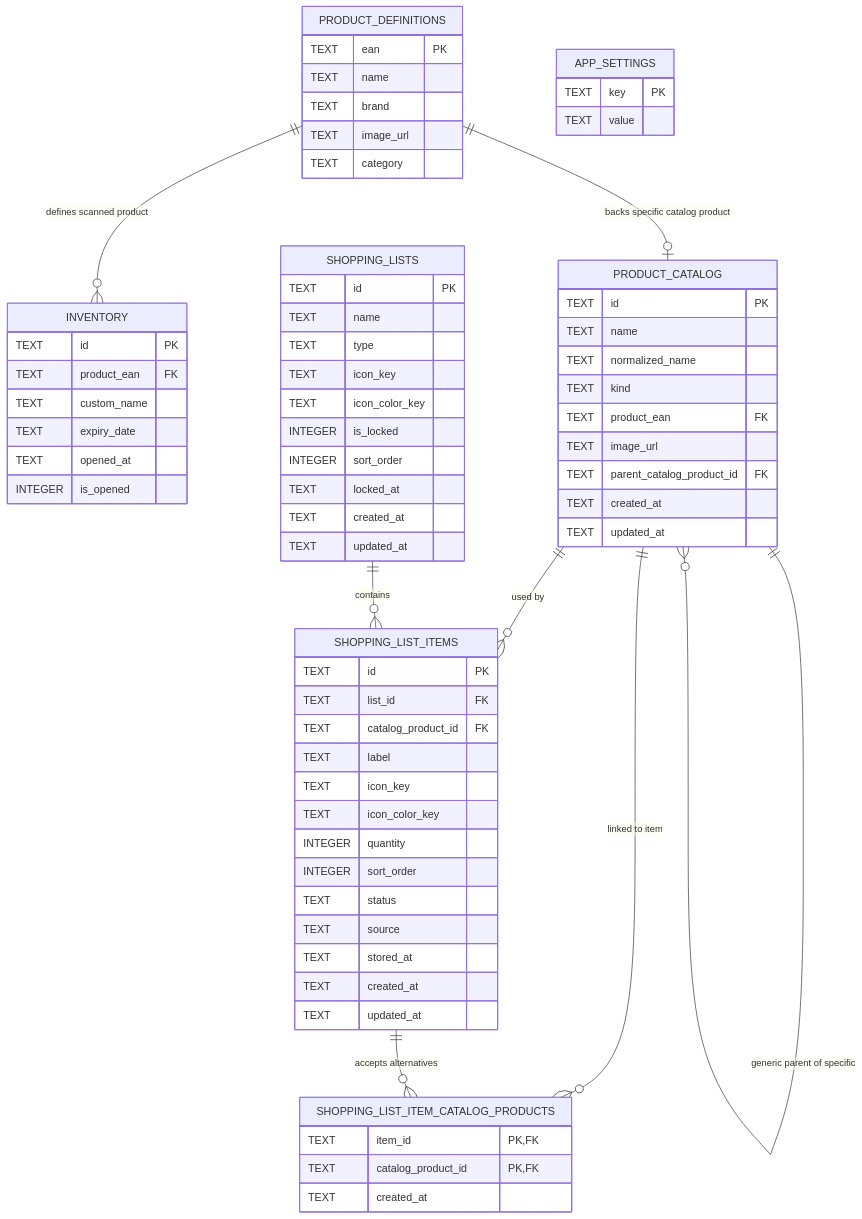
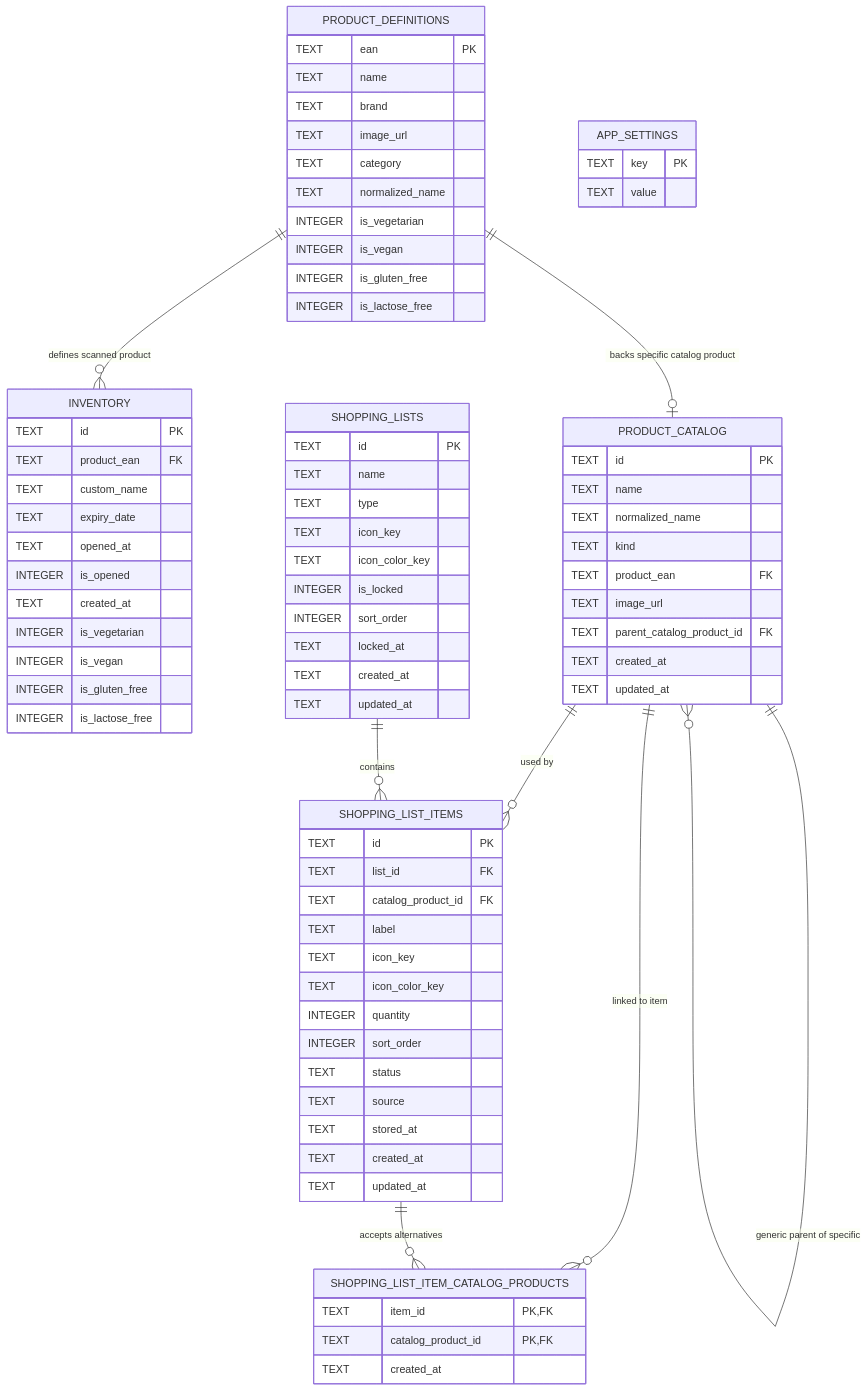
Before and after one commit to nazwa-zespolu/ShelfChef: the diagram in docs/db/schema.md, drawn with Mermaid. The commit also changed other lines of this file and 9 other files, not shown here.

```diff
--- a/docs/db/schema.md
+++ b/docs/db/schema.md
@@ -9,6 +9,11 @@
         TEXT brand
         TEXT image_url
         TEXT category
+        TEXT normalized_name
+        INTEGER is_vegetarian
+        INTEGER is_vegan
+        INTEGER is_gluten_free
+        INTEGER is_lactose_free
     }
 
     INVENTORY {
@@ -18,6 +23,11 @@
         TEXT expiry_date
         TEXT opened_at
         INTEGER is_opened
+        TEXT created_at
+        INTEGER is_vegetarian
+        INTEGER is_vegan
+        INTEGER is_gluten_free
+        INTEGER is_lactose_free
     }
 
     APP_SETTINGS {
```
